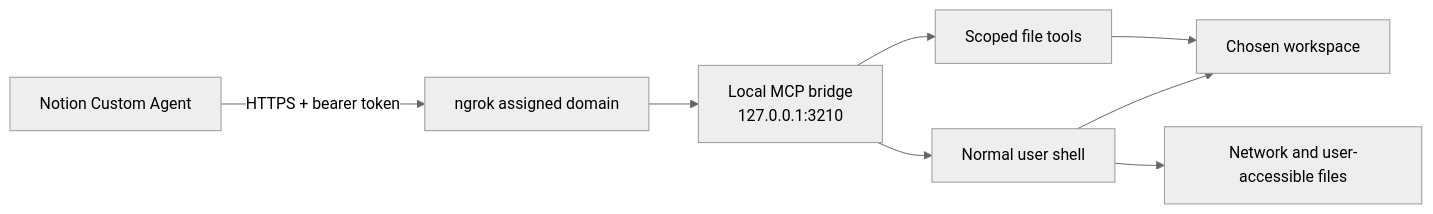
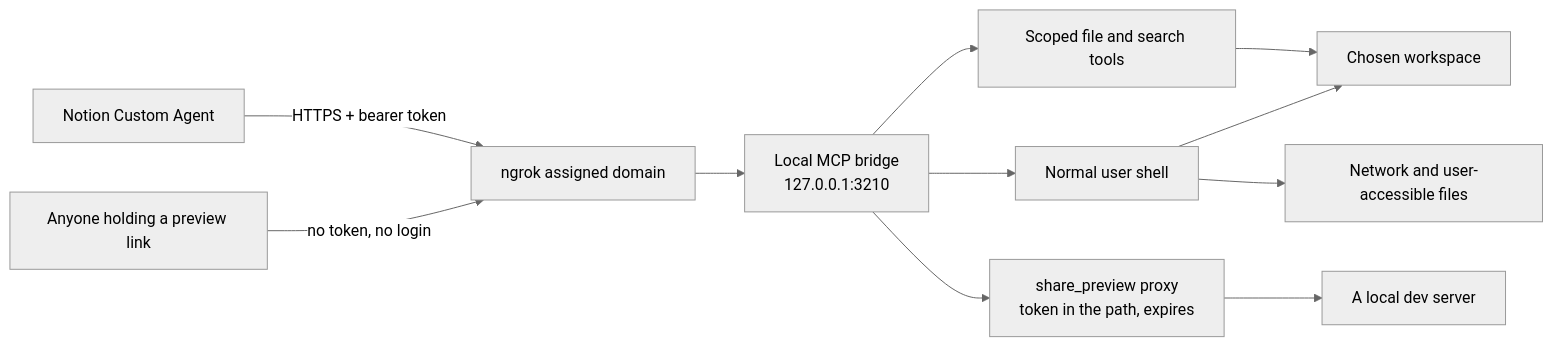
The diagram in README.md (soumosa/notion-cowork-bridge), drawn with Mermaid (neutral theme) before and after one commit. The commit also changed other lines of this file and 51 other files, not shown here.

````diff
--- a/README.md
+++ b/README.md
@@ -38,10 +109,13 @@
 ```mermaid
 flowchart LR
     A["Notion Custom Agent"] -->|"HTTPS + bearer token"| B["ngrok assigned domain"]
+    H["Anyone holding a preview link"] -->|"no token, no login"| B
     B --> C["Local MCP bridge<br/>127.0.0.1:3210"]
-    C --> D["Scoped file tools"]
+    C --> D["Scoped file and search tools"]
     C --> E["Normal user shell"]
+    C --> P["share_preview proxy<br/>token in the path, expires"]
     D --> F["Chosen workspace"]
     E --> F
     E --> G["Network and user-accessible files"]
+    P --> L["A local dev server"]
 ```
````
